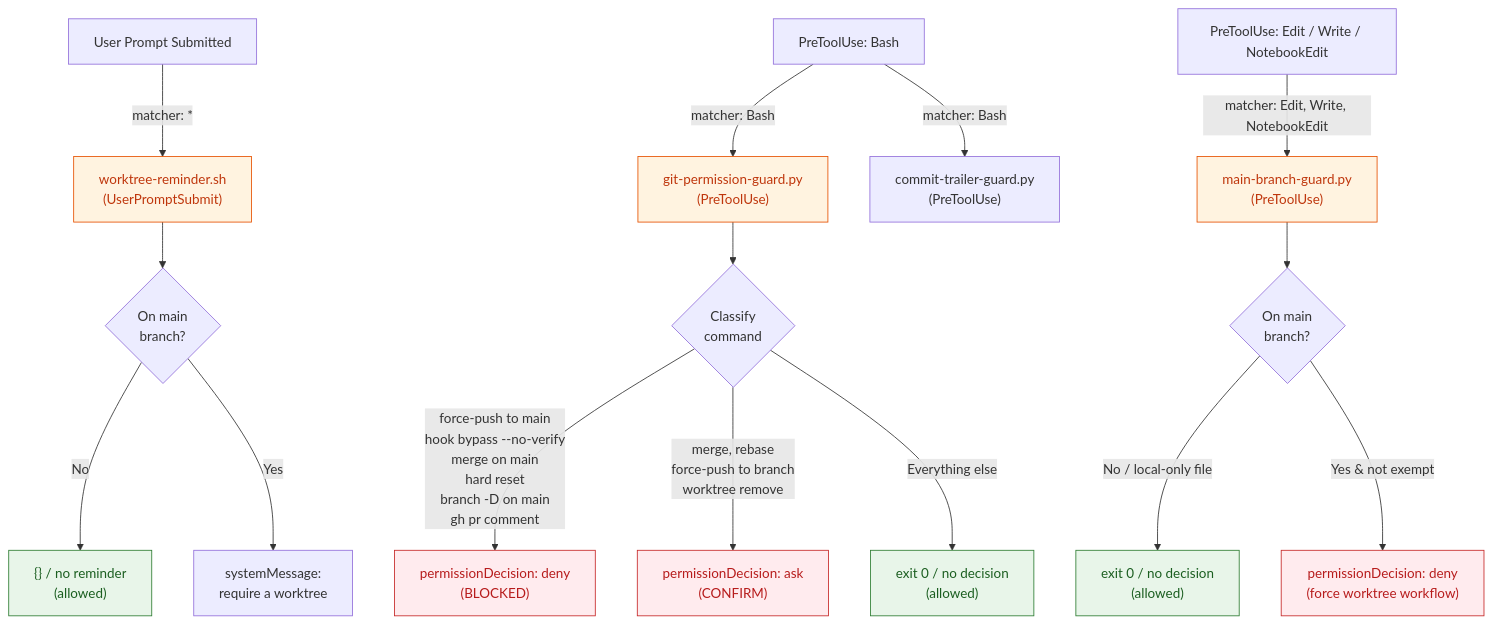
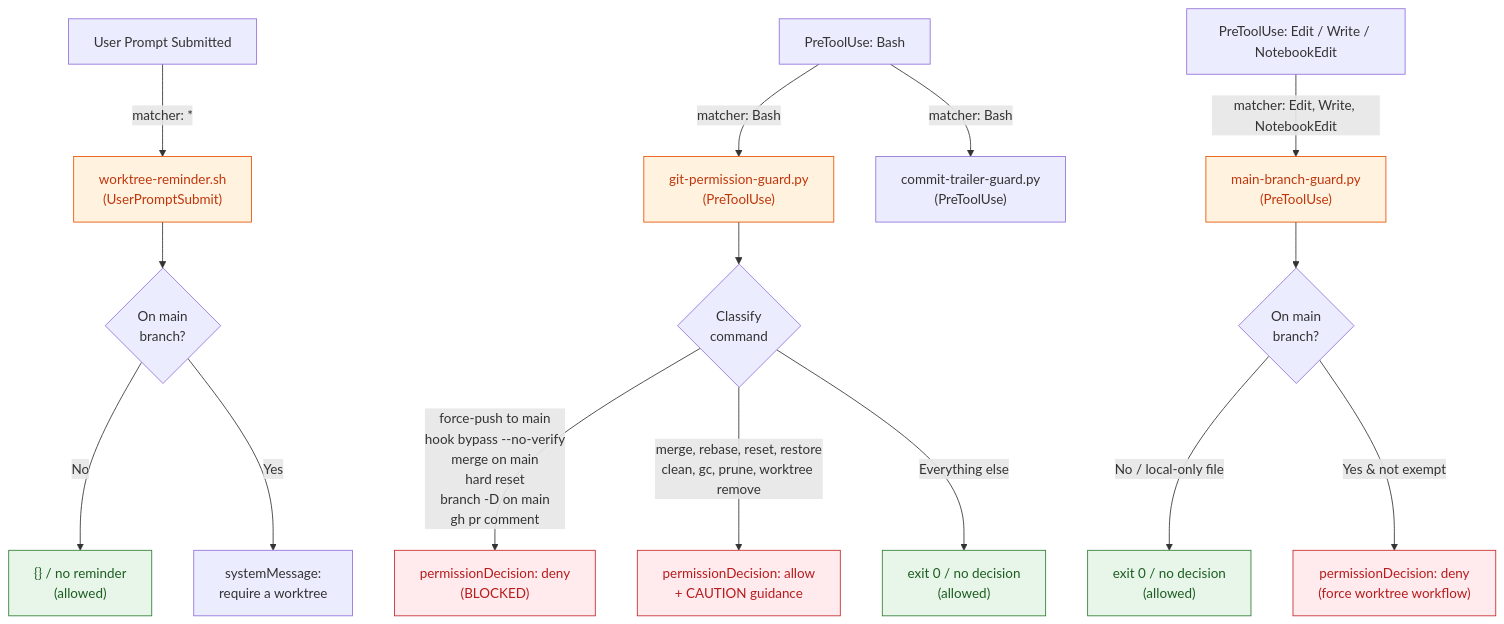
Before and after one commit to dryvist/claude-code-plugins: the first of 2 diagrams in git-guards/ARCHITECTURE.md, drawn with Mermaid. The commit also changed other lines of this file and 2 other files, not shown here.

````diff
--- a/git-guards/ARCHITECTURE.md
+++ b/git-guards/ARCHITECTURE.md
@@ -9,32 +9,32 @@
 ```mermaid
 flowchart TD
     UP["User Prompt Submitted"]
     PT_BASH["PreToolUse: Bash"]
     PT_EDIT["PreToolUse: Edit / Write / NotebookEdit"]
 
     UP -->|"matcher: *"| WR["worktree-reminder.sh\n(UserPromptSubmit)"]
     PT_BASH -->|"matcher: Bash"| PG["git-permission-guard.py\n(PreToolUse)"]
     PT_BASH -->|"matcher: Bash"| TG["commit-trailer-guard.py\n(PreToolUse)"]
     PT_EDIT -->|"matcher: Edit, Write, NotebookEdit"| MBG["main-branch-guard.py\n(PreToolUse)"]
 
     WR --> WR_CHECK{"On main\nbranch?"}
     WR_CHECK -->|No| WR_ALLOW["{} / no reminder\n(allowed)"]
     WR_CHECK -->|Yes| WR_WARN["systemMessage:\nrequire a worktree"]
 
     PG --> PG_CLASSIFY{"Classify\ncommand"}
     PG_CLASSIFY -->|"force-push to main\nhook bypass --no-verify\nmerge on main\nhard reset\nbranch -D on main\ngh pr comment"| PG_BLOCK["permissionDecision: deny\n(BLOCKED)"]
-    PG_CLASSIFY -->|"merge, rebase\nforce-push to branch\nworktree remove"| PG_CONFIRM["permissionDecision: ask\n(CONFIRM)"]
+    PG_CLASSIFY -->|"merge, rebase, reset, restore\nclean, gc, prune, worktree remove"| PG_CONFIRM["permissionDecision: allow\n+ CAUTION guidance"]
     PG_CLASSIFY -->|"Everything else"| PG_ALLOW["exit 0 / no decision\n(allowed)"]
 
     MBG --> MBG_CHECK{"On main\nbranch?"}
     MBG_CHECK -->|No / local-only file| MBG_ALLOW["exit 0 / no decision\n(allowed)"]
     MBG_CHECK -->|Yes & not exempt| MBG_BLOCK["permissionDecision: deny\n(force worktree workflow)"]
 
     classDef hook fill:#fff3e0,stroke:#e65100,color:#bf360c
     classDef block fill:#ffebee,stroke:#c62828,color:#b71c1c
     classDef allow fill:#e8f5e9,stroke:#2e7d32,color:#1b5e20
 
     class WR,PG,MBG hook
     class PG_BLOCK,PG_CONFIRM,MBG_BLOCK block
     class WR_ALLOW,PG_ALLOW,MBG_ALLOW allow
 ```
````
